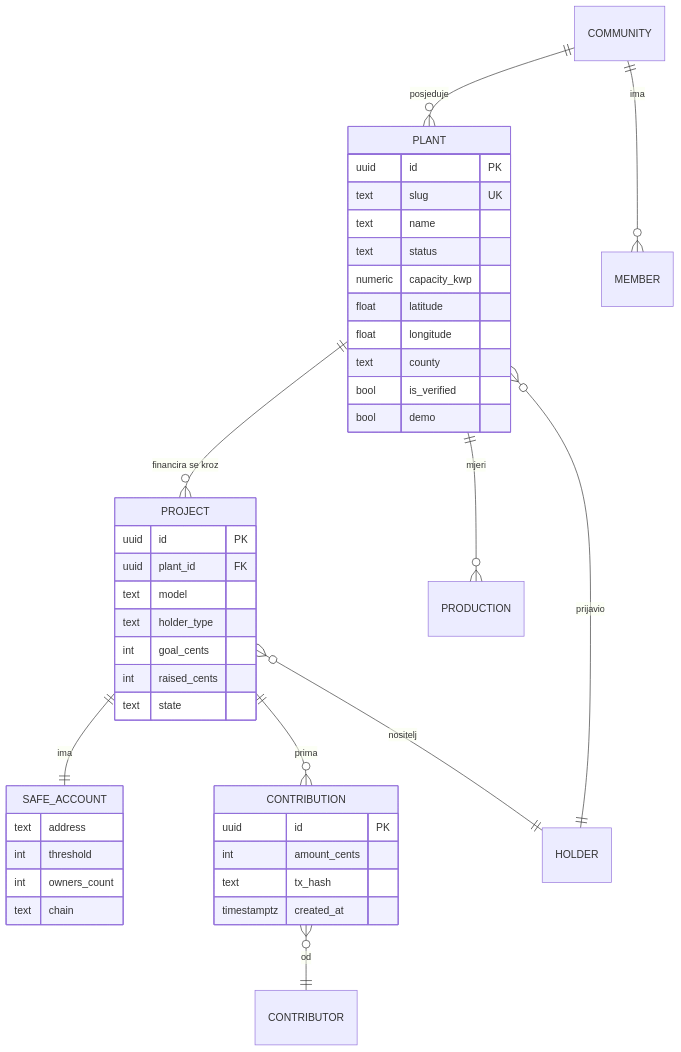
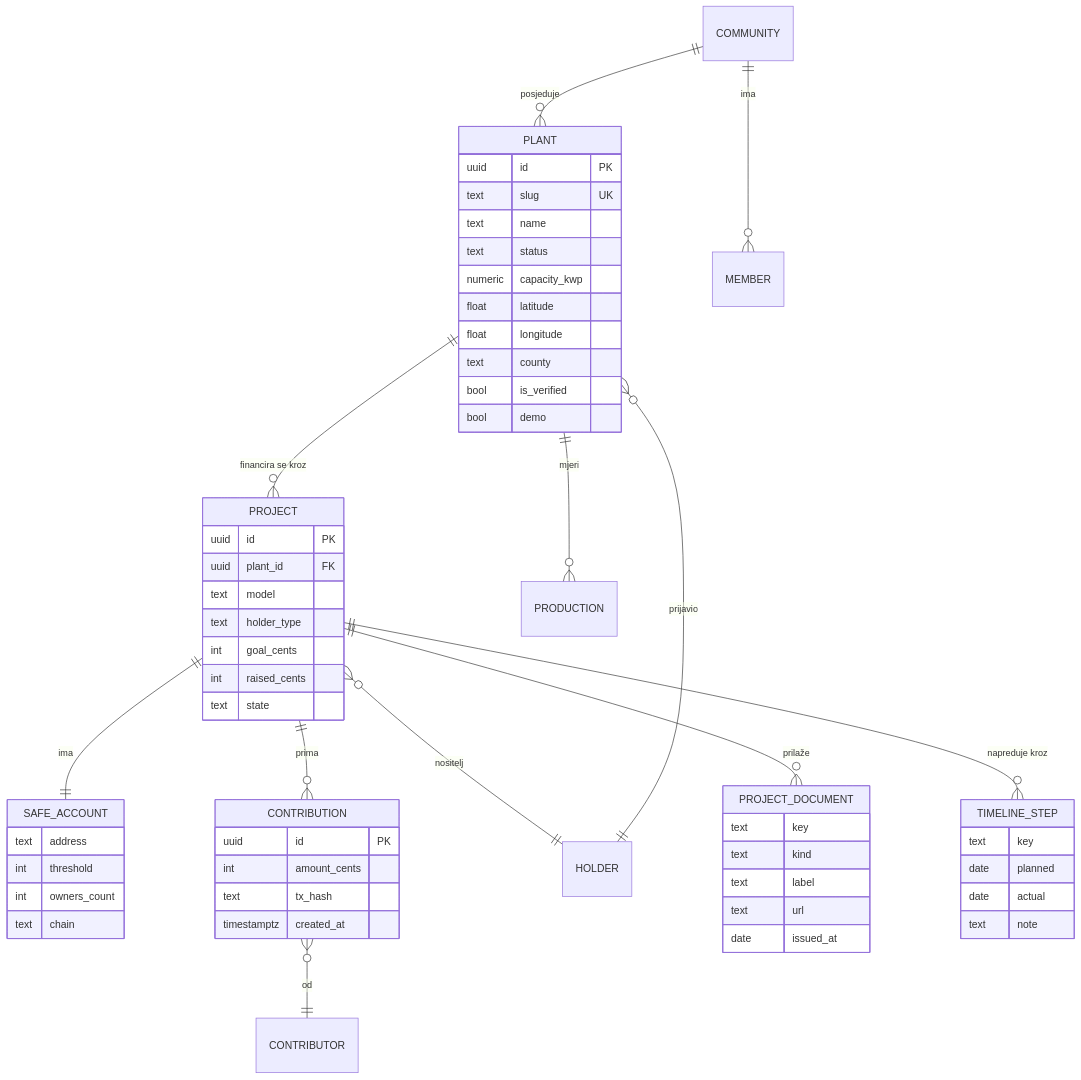
The first of 2 diagrams in docs/05-podatkovni-model.md (domovinatv/energy.domovina.ai), drawn with Mermaid before and after one commit. The commit also changed other lines of this file, not shown here.

First line of the commit message:
docs(05): project_document i timeline_step u ugovor podatkovnog modela

````diff
--- a/docs/05-podatkovni-model.md
+++ b/docs/05-podatkovni-model.md
@@ -18,46 +18,61 @@
 ```mermaid
 erDiagram
   PLANT ||--o{ PROJECT : "financira se kroz"
   PLANT ||--o{ PRODUCTION : "mjeri"
   PROJECT ||--|| SAFE_ACCOUNT : "ima"
   PROJECT ||--o{ CONTRIBUTION : "prima"
   PROJECT }o--|| HOLDER : "nositelj"
   COMMUNITY ||--o{ MEMBER : "ima"
   COMMUNITY ||--o{ PLANT : "posjeduje"
   CONTRIBUTION }o--|| CONTRIBUTOR : "od"
   HOLDER ||--o{ PLANT : "prijavio"
+  PROJECT ||--o{ PROJECT_DOCUMENT : "prilaže"
+  PROJECT ||--o{ TIMELINE_STEP : "napreduje kroz"
 
   PLANT {
     uuid id PK
     text slug UK
     text name
     text status
     numeric capacity_kwp
     float latitude
     float longitude
     text county
     bool is_verified
     bool demo
   }
   PROJECT {
     uuid id PK
     uuid plant_id FK
     text model
     text holder_type
     int goal_cents
     int raised_cents
     text state
   }
   SAFE_ACCOUNT {
     text address
     int threshold
     int owners_count
     text chain
   }
   CONTRIBUTION {
     uuid id PK
     int amount_cents
     text tx_hash
     timestamptz created_at
   }
+  PROJECT_DOCUMENT {
+    text key
+    text kind
+    text label
+    text url
+    date issued_at
+  }
+  TIMELINE_STEP {
+    text key
+    date planned
+    date actual
+    text note
+  }
 ```
````
